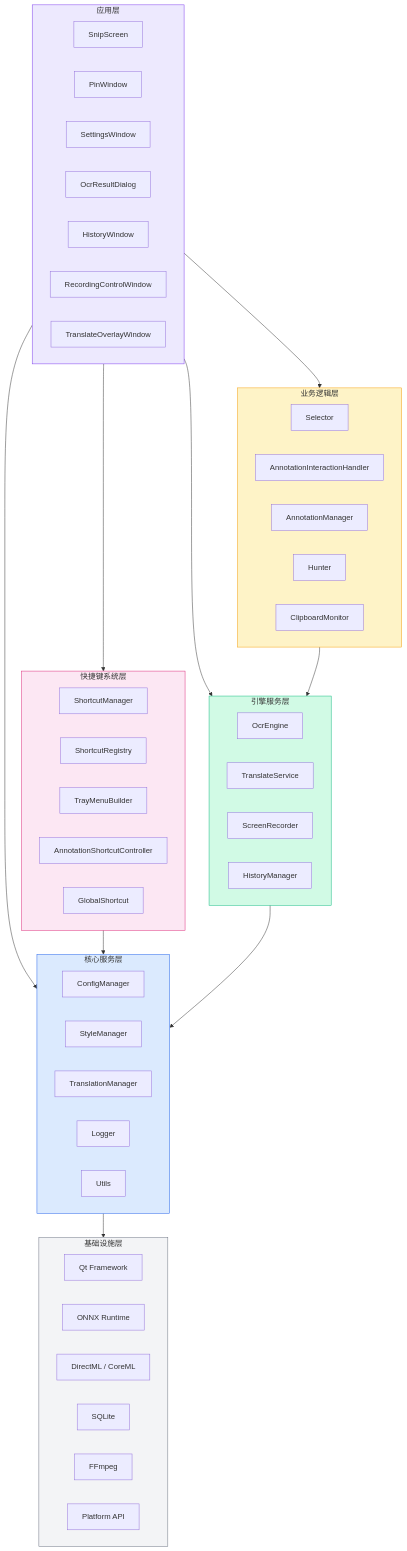
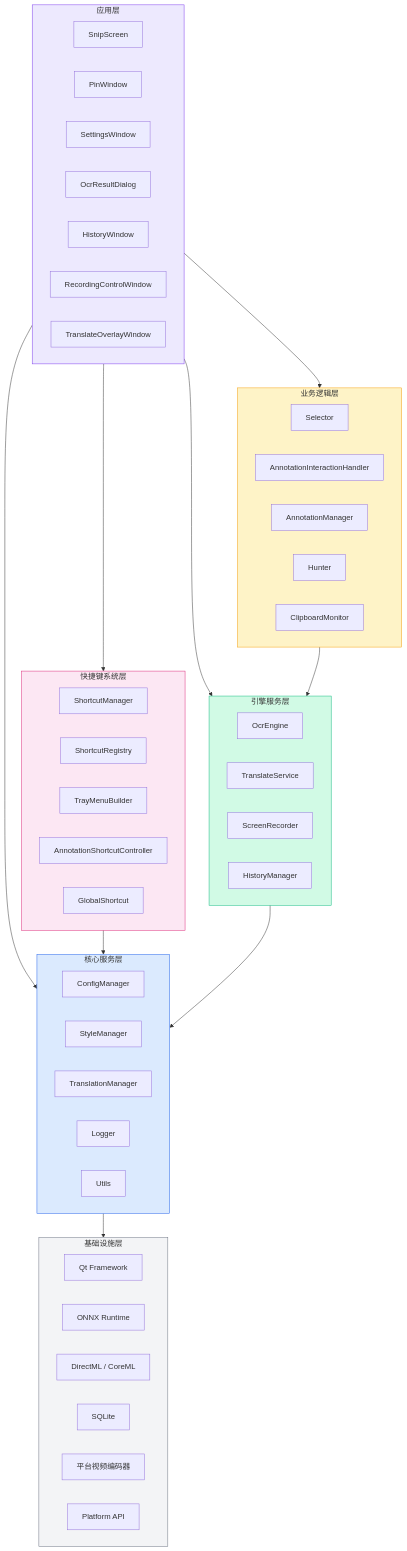
One commit to ChiangyangNPU/quick-shot changed diagram 21 of 35 in docs/architecture.md. Above: the diagram before and after it, drawn with Mermaid. The commit also changed other lines of this file and 5 other files, not shown here.

````diff
--- a/docs/architecture.md
+++ b/docs/architecture.md
@@ -2439,74 +2439,74 @@
 ```mermaid
 graph TB
     subgraph 应用层
         direction LR
         A1[SnipScreen]
         A2[PinWindow]
         A3[SettingsWindow]
         A4[OcrResultDialog]
         A5[HistoryWindow]
         A6[RecordingControlWindow]
         A7[TranslateOverlayWindow]
     end
 
     subgraph 快捷键系统层
         direction LR
         B1[ShortcutManager]
         B2[ShortcutRegistry]
         B3[TrayMenuBuilder]
         B4[AnnotationShortcutController]
         B5[GlobalShortcut]
     end
 
     subgraph 业务逻辑层
         direction LR
         C1[Selector]
         C2[AnnotationInteractionHandler]
         C3[AnnotationManager]
         C4[Hunter]
         C5[ClipboardMonitor]
     end
 
     subgraph 引擎服务层
         direction LR
         D1[OcrEngine]
         D2[TranslateService]
         D3[ScreenRecorder]
         D4[HistoryManager]
     end
 
     subgraph 核心服务层
         direction LR
         E1[ConfigManager]
         E2[StyleManager]
         E3[TranslationManager]
         E4[Logger]
         E5[Utils]
     end
 
     subgraph 基础设施层
         direction LR
         F1[Qt Framework]
         F2[ONNX Runtime]
         F3[DirectML / CoreML]
         F4[SQLite]
-        F5[FFmpeg]
+        F5[平台视频编码器]
         F6[Platform API]
     end
 
     应用层 --> 快捷键系统层
     应用层 --> 业务逻辑层
     应用层 --> 引擎服务层
     应用层 --> 核心服务层
     快捷键系统层 --> 核心服务层
     业务逻辑层 --> 引擎服务层
     引擎服务层 --> 核心服务层
     核心服务层 --> 基础设施层
 
     style 应用层 fill:#ede9fe,stroke:#7c3aed
     style 快捷键系统层 fill:#fce7f3,stroke:#db2777
     style 业务逻辑层 fill:#fef3c7,stroke:#f59e0b
     style 引擎服务层 fill:#d1fae5,stroke:#10b981
     style 核心服务层 fill:#dbeafe,stroke:#2563eb
     style 基础设施层 fill:#f3f4f6,stroke:#6b7280
 ```
````
